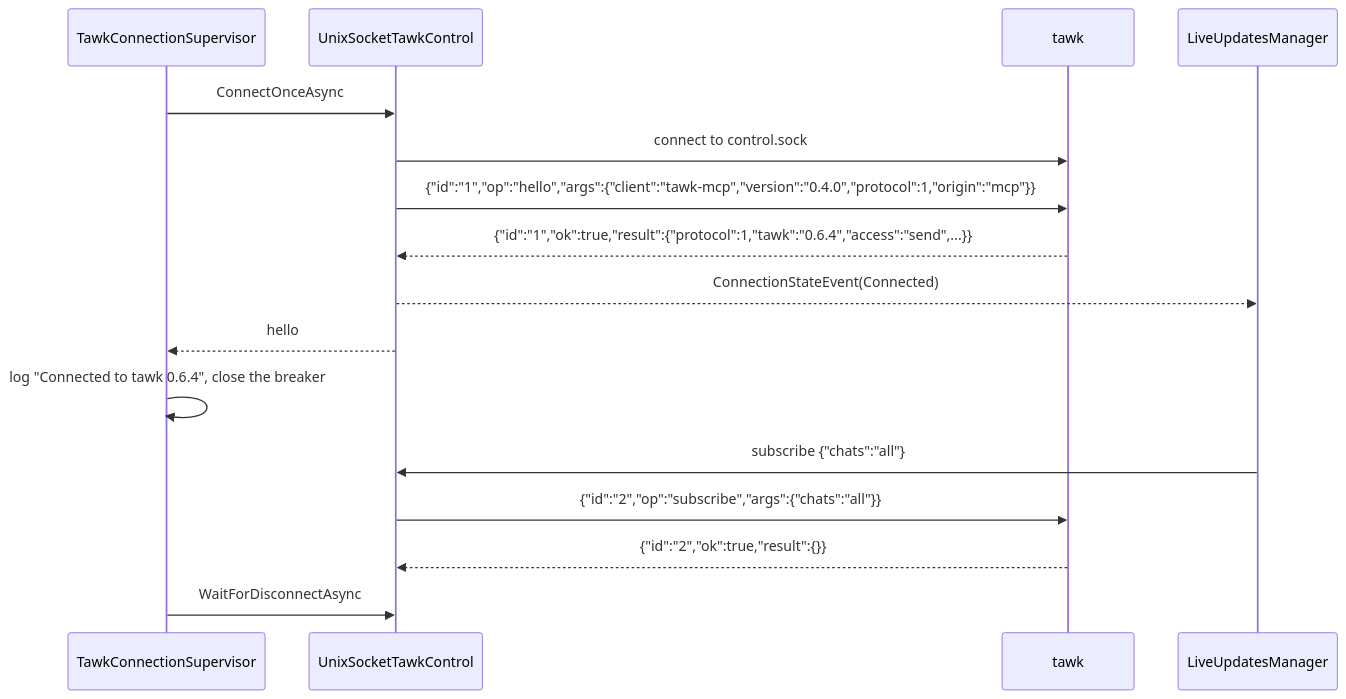
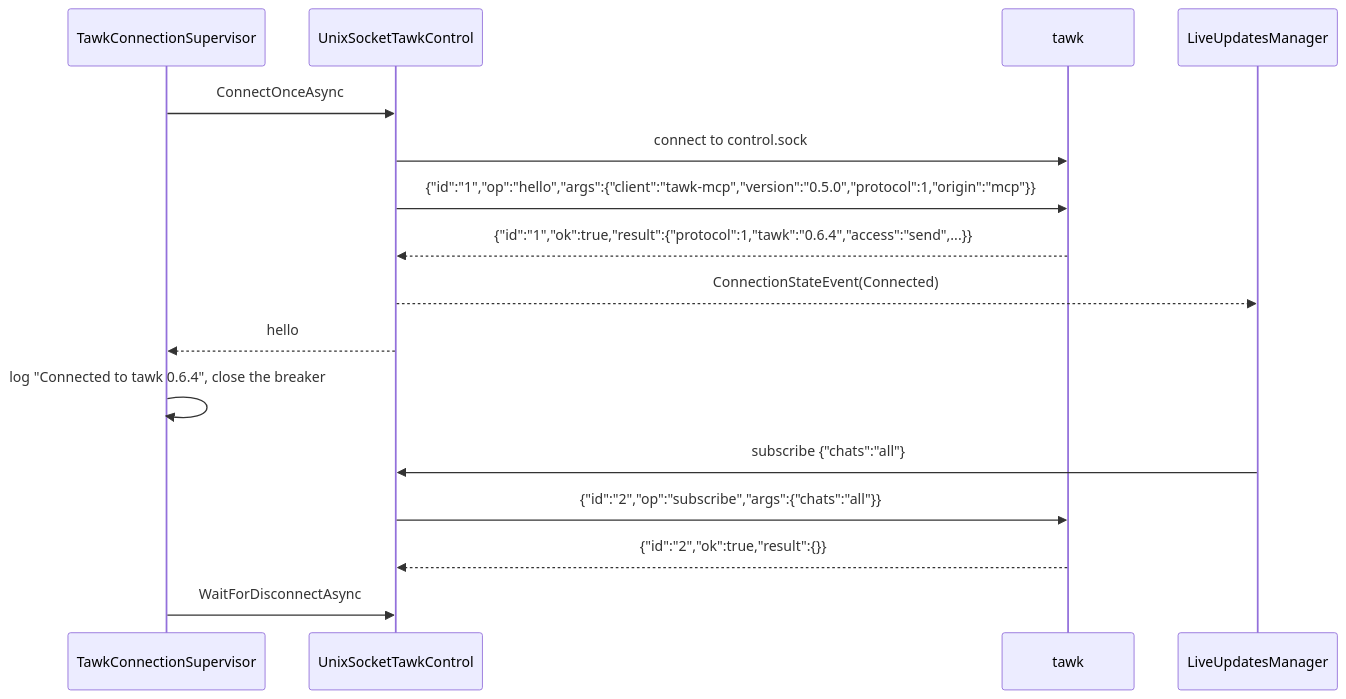
The first of 12 diagrams in HOW_IT_WORKS.md (loganventer/Corvus.Mcp.Server.Tawk), drawn with Mermaid before and after one commit. The commit also changed 40 other files, not shown here.

````diff
--- a/HOW_IT_WORKS.md
+++ b/HOW_IT_WORKS.md
@@ -29,19 +29,19 @@
 ```mermaid
 sequenceDiagram
     participant S as TawkConnectionSupervisor
     participant C as UnixSocketTawkControl
     participant T as tawk
     participant L as LiveUpdatesManager
 
     S->>C: ConnectOnceAsync
     C->>T: connect to control.sock
-    C->>T: {"id":"1","op":"hello","args":{"client":"tawk-mcp","version":"0.4.0","protocol":1,"origin":"mcp"}}
+    C->>T: {"id":"1","op":"hello","args":{"client":"tawk-mcp","version":"0.5.0","protocol":1,"origin":"mcp"}}
     T-->>C: {"id":"1","ok":true,"result":{"protocol":1,"tawk":"0.6.4","access":"send",...}}
     C-->>L: ConnectionStateEvent(Connected)
     C-->>S: hello
     S->>S: log "Connected to tawk 0.6.4", close the breaker
     L->>C: subscribe {"chats":"all"}
     C->>T: {"id":"2","op":"subscribe","args":{"chats":"all"}}
     T-->>C: {"id":"2","ok":true,"result":{}}
     S->>C: WaitForDisconnectAsync
 ```
````
